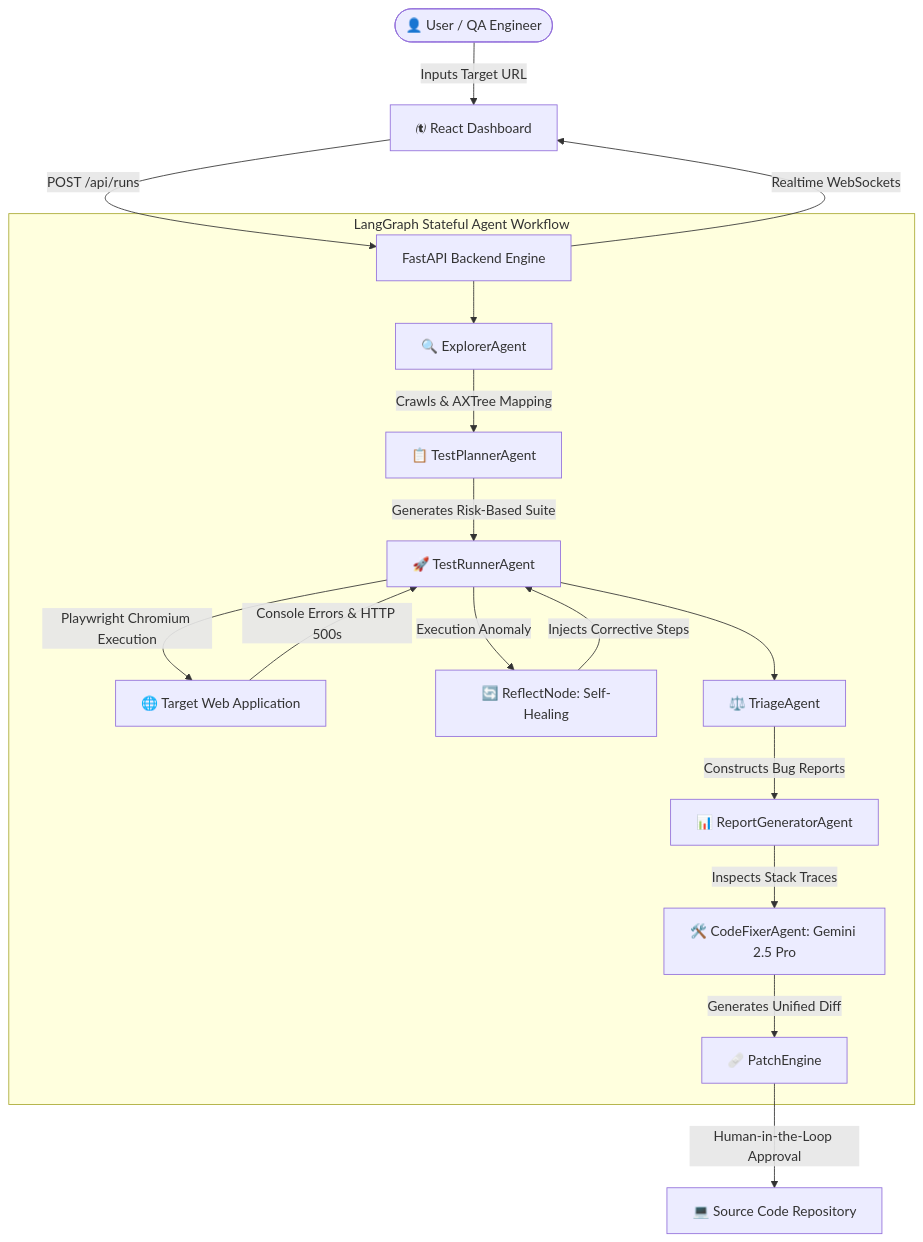
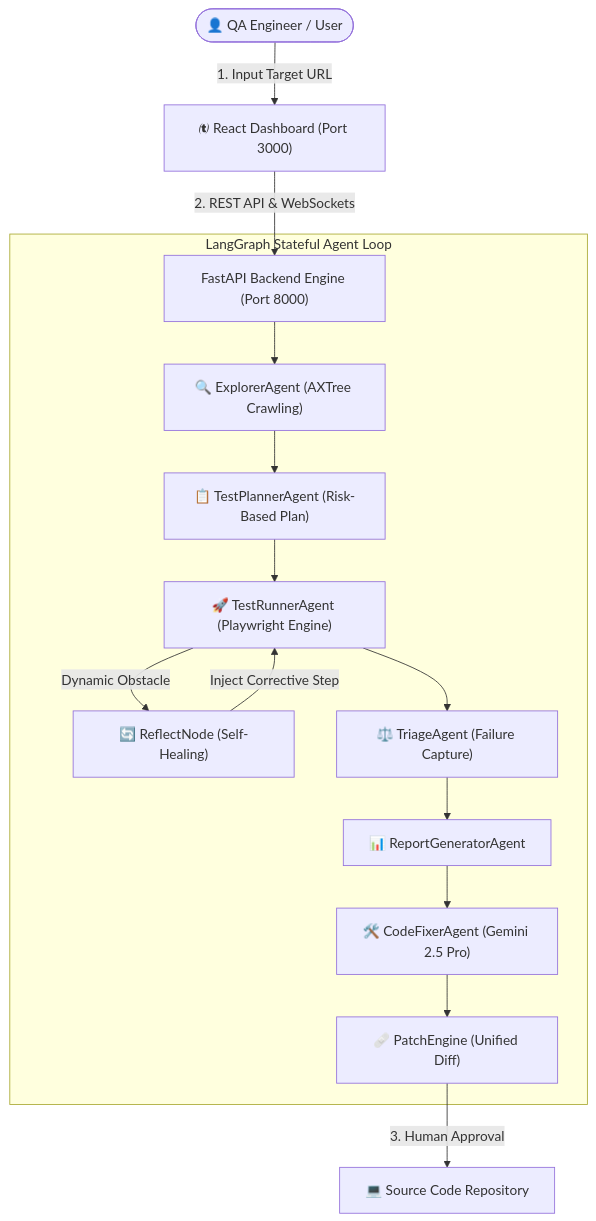
Before and after one commit to Kishankumar1328/ChaosPilot: the diagram in README.md, drawn with Mermaid. The commit also changed other lines of this file and 1 other file, not shown here.

Commit message:
docs: Update license to GPL-3.0 and optimize Mermaid flowchart layout

````diff
--- a/README.md
+++ b/README.md
@@ -34,26 +34,22 @@
 ```mermaid
-graph TD
-    User([👤 User / QA Engineer]) -->|Inputs Target URL| UI[ React Dashboard]
-    UI -->|POST /api/runs| API[FastAPI Backend Engine]
+graph TB
+    User(["👤 QA Engineer / User"]) -->|1. Input Target URL| UI[" React Dashboard (Port 3000)"]
+    UI -->|2. REST API & WebSockets| API["FastAPI Backend Engine (Port 8000)"]
     
-    subgraph LangGraph Stateful Agent Workflow
-        API --> ExplorerAgent[🔍 ExplorerAgent]
-        ExplorerAgent -->|Crawls & AXTree Mapping| TestPlannerAgent[📋 TestPlannerAgent]
-        TestPlannerAgent -->|Generates Risk-Based Suite| TestRunnerAgent[🚀 TestRunnerAgent]
+    subgraph Workflow["LangGraph Stateful Agent Loop"]
+        API --> Explorer["🔍 ExplorerAgent (AXTree Crawling)"]
+        Explorer --> Planner["📋 TestPlannerAgent (Risk-Based Plan)"]
+        Planner --> Runner["🚀 TestRunnerAgent (Playwright Engine)"]
         
-        TestRunnerAgent -->|Playwright Chromium Execution| AppUnderTest[🌐 Target Web Application]
-        AppUnderTest -->|Console Errors & HTTP 500s| TestRunnerAgent
+        Runner -->|Dynamic Obstacle| Reflector["🔄 ReflectNode (Self-Healing)"]
+        Reflector -->|Inject Corrective Step| Runner
         
-        TestRunnerAgent -->|Execution Anomaly| ReflectNode[🔄 ReflectNode: Self-Healing]
-        ReflectNode -->|Injects Corrective Steps| TestRunnerAgent
+        Runner --> Triage["⚖️ TriageAgent (Failure Capture)"]
+        Triage --> Reporter["📊 ReportGeneratorAgent"]
         
-        TestRunnerAgent --> TriageAgent[⚖️ TriageAgent]
-        TriageAgent -->|Constructs Bug Reports| ReportGeneratorAgent[📊 ReportGeneratorAgent]
-        
-        ReportGeneratorAgent -->|Inspects Stack Traces| CodeFixerAgent[🛠️ CodeFixerAgent: Gemini 2.5 Pro]
-        CodeFixerAgent -->|Generates Unified Diff| PatchEngine[🩹 PatchEngine]
+        Reporter --> CodeFixer["🛠️ CodeFixerAgent (Gemini 2.5 Pro)"]
+        CodeFixer --> PatchEngine["🩹 PatchEngine (Unified Diff)"]
     end
-
-    PatchEngine -->|Human-in-the-Loop Approval| DevRepo[💻 Source Code Repository]
-    API -->|Realtime WebSockets| UI
+    
+    PatchEngine -->|3. Human Approval| DevRepo["💻 Source Code Repository"]
 ```
````
